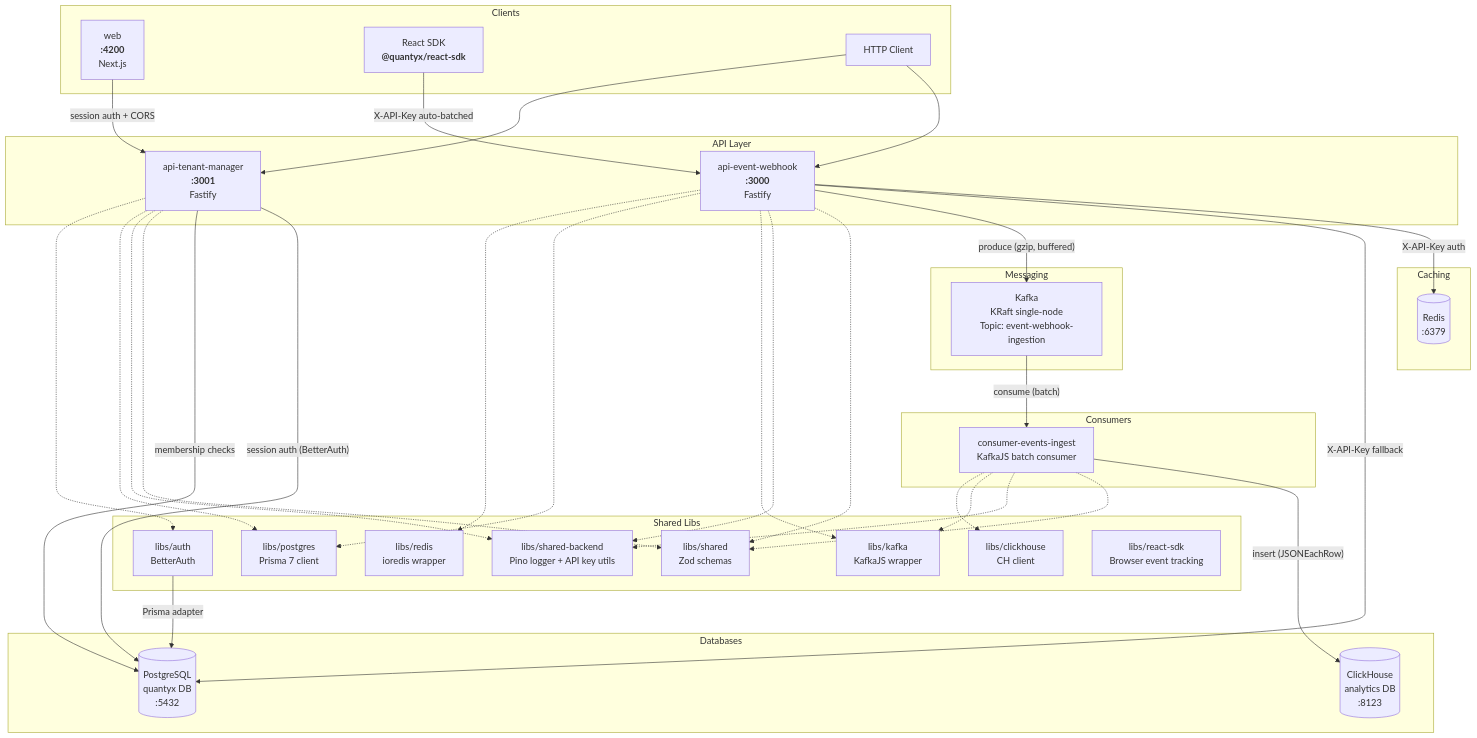
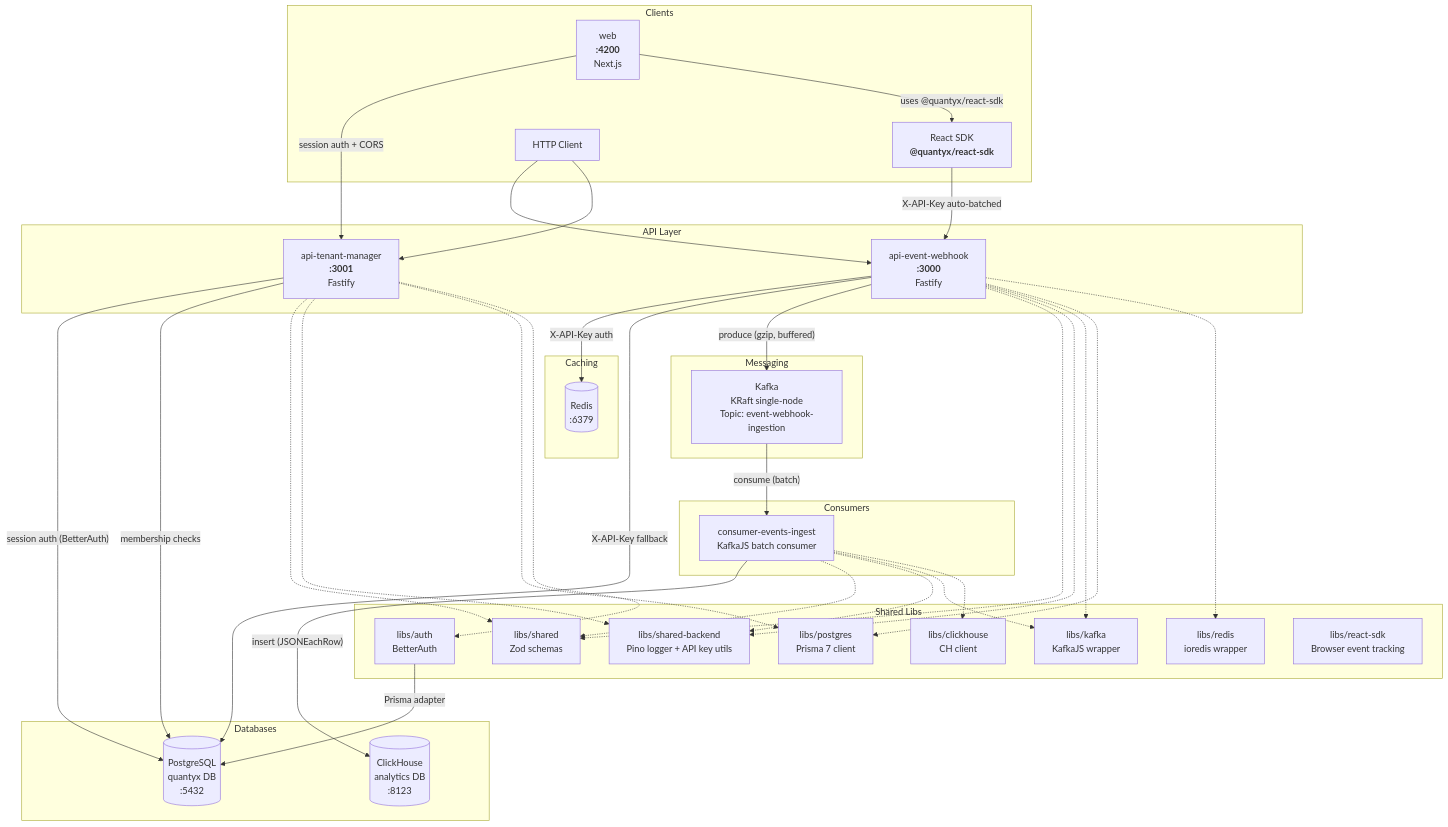
The first of 5 diagrams in OVERVIEW.md (MateusRoscoe/quantyx), drawn with Mermaid before and after one commit. The commit also changed other lines of this file and 3 other files, not shown here.

````diff
--- a/OVERVIEW.md
+++ b/OVERVIEW.md
@@ -13,69 +13,70 @@
 ```mermaid
 graph TB
     subgraph Clients
         WEB["web<br/><b>:4200</b><br/>Next.js"]
         SDK["React SDK<br/><b>@quantyx/react-sdk</b>"]
         HTTP["HTTP Client"]
     end
 
     subgraph API Layer
         EW["api-event-webhook<br/><b>:3000</b><br/>Fastify"]
         TM["api-tenant-manager<br/><b>:3001</b><br/>Fastify"]
     end
 
     subgraph Messaging
         K["Kafka<br/>KRaft single-node<br/>Topic: event-webhook-ingestion"]
     end
 
     subgraph Consumers
         CE["consumer-events-ingest<br/>KafkaJS batch consumer"]
     end
 
     subgraph Databases
         CH[("ClickHouse<br/>analytics DB<br/>:8123")]
         PG[("PostgreSQL<br/>quantyx DB<br/>:5432")]
     end
 
     subgraph Caching
         RD[("Redis<br/>:6379")]
     end
 
     subgraph Shared Libs
         LS["libs/shared<br/>Zod schemas"]
         LSB["libs/shared-backend<br/>Pino logger + API key utils"]
         LK["libs/kafka<br/>KafkaJS wrapper"]
         LC["libs/clickhouse<br/>CH client"]
         LP["libs/postgres<br/>Prisma 7 client"]
         LR["libs/redis<br/>ioredis wrapper"]
         LA["libs/auth<br/>BetterAuth"]
         LSDK["libs/react-sdk<br/>Browser event tracking"]
     end
 
     WEB -- "session auth + CORS" --> TM
+    WEB -- "uses @quantyx/react-sdk" --> SDK
     SDK -- "X-API-Key auto-batched" --> EW
     HTTP --> EW
     HTTP --> TM
 
     EW -- "X-API-Key auth" --> RD
     EW -- "X-API-Key fallback" --> PG
     EW -- "produce (gzip, buffered)" --> K
     K -- "consume (batch)" --> CE
     CE -- "insert (JSONEachRow)" --> CH
     TM -- "session auth (BetterAuth)" --> PG
     TM -- "membership checks" --> PG
     LA -- "Prisma adapter" --> PG
 
     EW -.-> LS
     EW -.-> LSB
     EW -.-> LK
     EW -.-> LP
     EW -.-> LR
     CE -.-> LS
     CE -.-> LSB
     CE -.-> LK
     CE -.-> LC
     TM -.-> LS
     TM -.-> LSB
     TM -.-> LP
     TM -.-> LA
 ```
````
